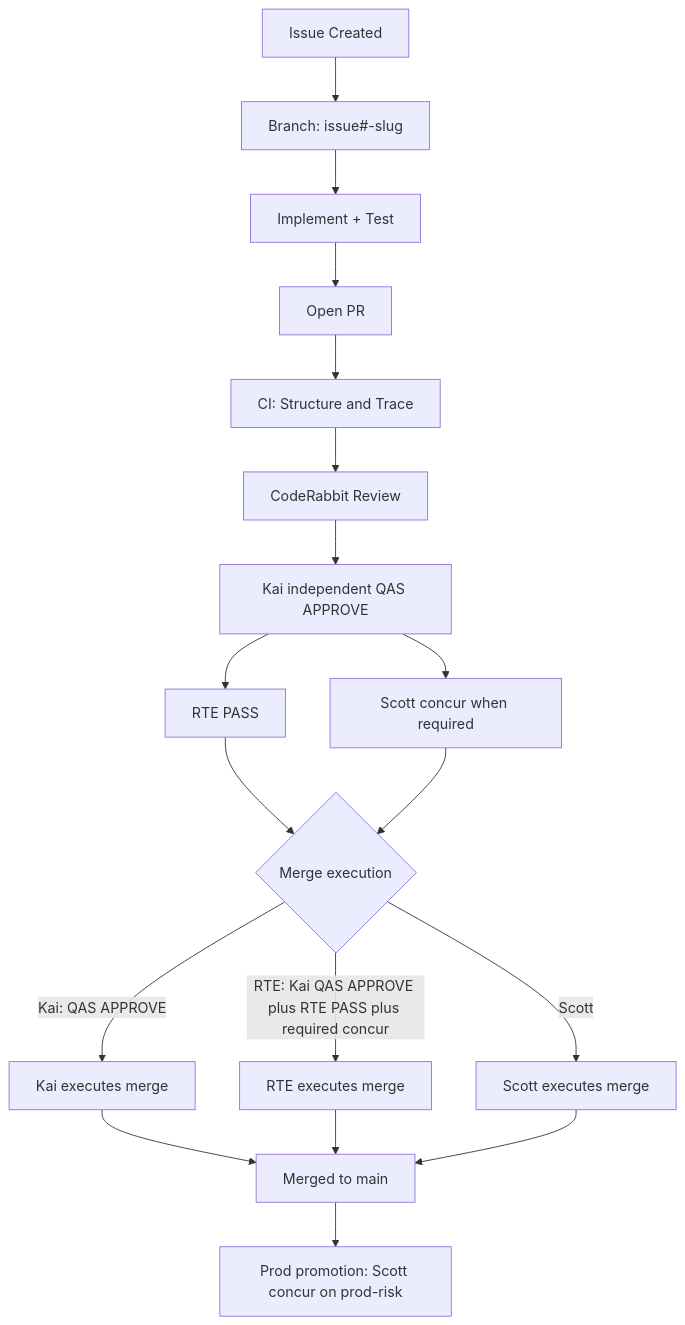
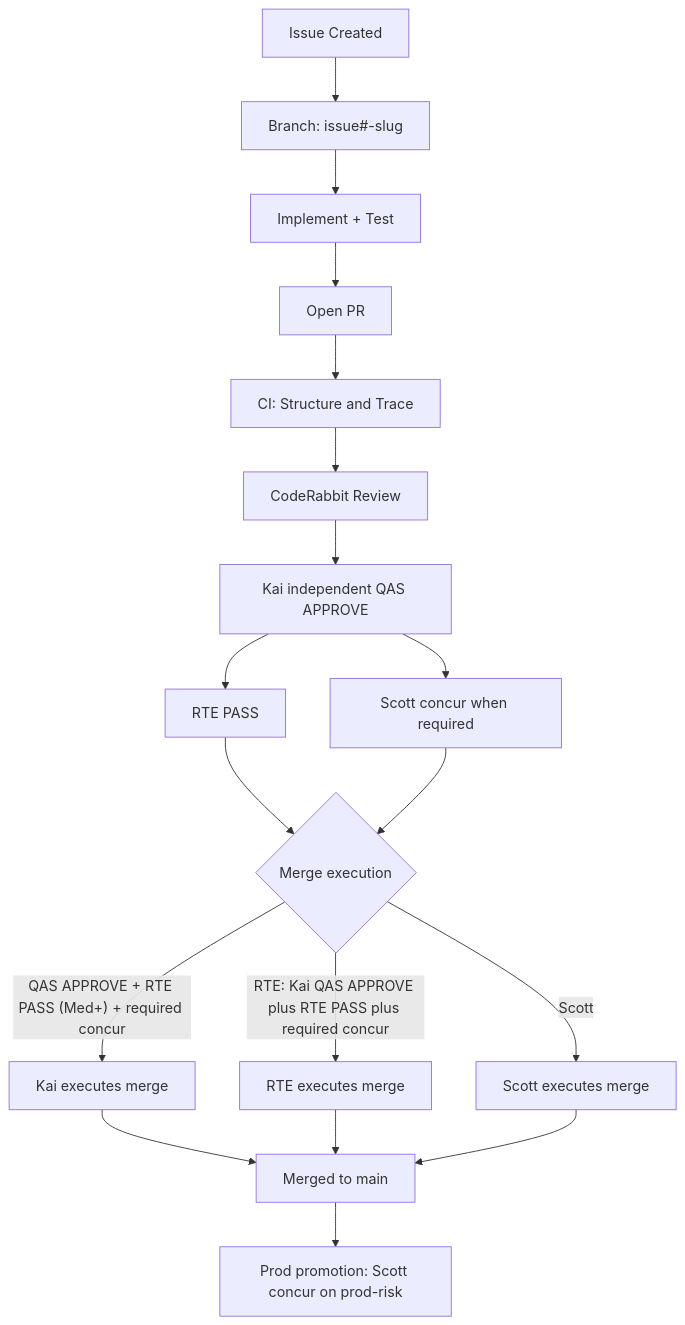
One commit to bybren-llc/safe-harness changed the diagram in README.md. Above: the diagram before and after it, drawn with Mermaid. The commit also changed other lines of this file and 4 other files, not shown here.

Commit message:
docs: add trunk concur gate, Kai RTE PASS, and CODEOWNERS caveat

````diff
--- a/README.md
+++ b/README.md
@@ -83,20 +83,20 @@
 ```mermaid
 graph TD
     A[Issue Created] --> B[Branch: issue#-slug]
     B --> C[Implement + Test]
     C --> D[Open PR]
     D --> E[CI: Structure and Trace]
     E --> F[CodeRabbit Review]
     F --> G[Kai independent QAS APPROVE]
     G --> H[RTE PASS]
     G --> I[Scott concur when required]
     H --> J{Merge execution}
     I --> J
-    J -->|Kai: QAS APPROVE| K[Kai executes merge]
+    J -->|"QAS APPROVE + RTE PASS (Med+) + required concur"| K[Kai executes merge]
     J -->|RTE: Kai QAS APPROVE plus RTE PASS plus required concur| L[RTE executes merge]
     J -->|Scott| S[Scott executes merge]
     K --> M[Merged to main]
     L --> M
     S --> M
     M --> P[Prod promotion: Scott concur on prod-risk]
 ```
````
